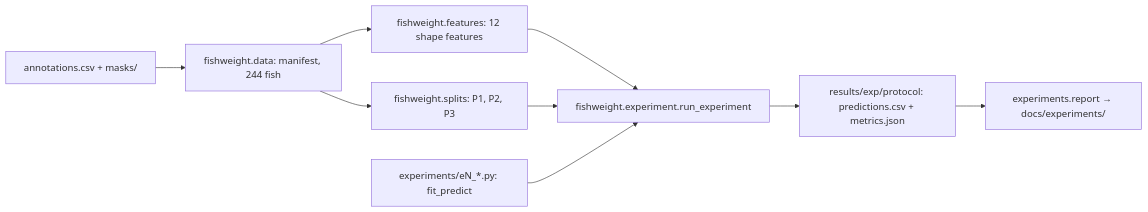
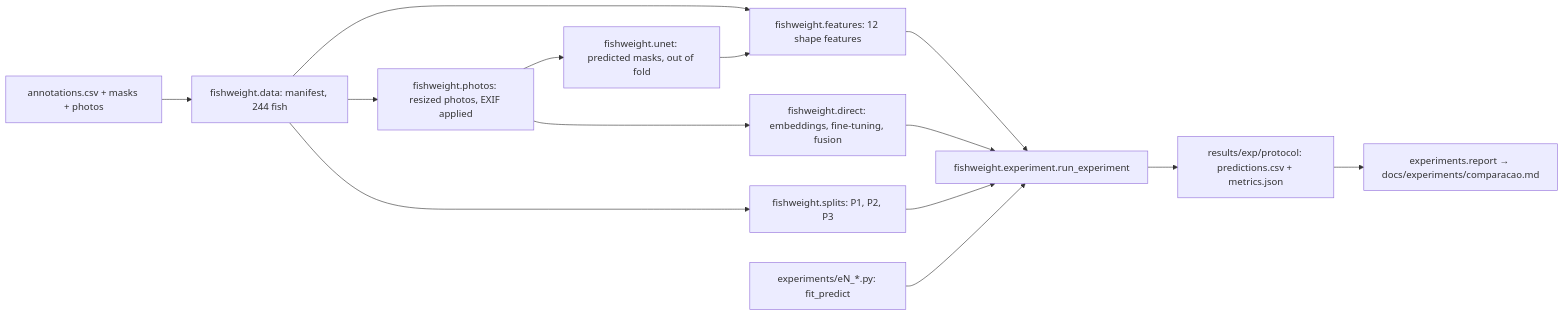
Before and after one commit to mpgxc/estimate_body_fish_weight: the diagram in AGENTS.md, drawn with Mermaid. The commit also changed other lines of this file and 9 other files, not shown here.

````diff
--- a/AGENTS.md
+++ b/AGENTS.md
@@ -16,11 +15,16 @@
 ```mermaid
 flowchart LR
-  A[annotations.csv + masks/] --> B[fishweight.data: manifest, 244 fish]
+  A[annotations.csv + masks + photos] --> B[fishweight.data: manifest, 244 fish]
   B --> C[fishweight.features: 12 shape features]
+  B --> P[fishweight.photos: resized photos, EXIF applied]
+  P --> U[fishweight.unet: predicted masks, out of fold]
+  U --> C
+  P --> D[fishweight.direct: embeddings, fine-tuning, fusion]
   B --> S[fishweight.splits: P1, P2, P3]
   C --> X[fishweight.experiment.run_experiment]
+  D --> X
   S --> X
   M[experiments/eN_*.py: fit_predict] --> X
   X --> R[results/exp/protocol: predictions.csv + metrics.json]
-  R --> T[experiments.report → docs/experiments/]
+  R --> T[experiments.report → docs/experiments/comparacao.md]
 ```
````
